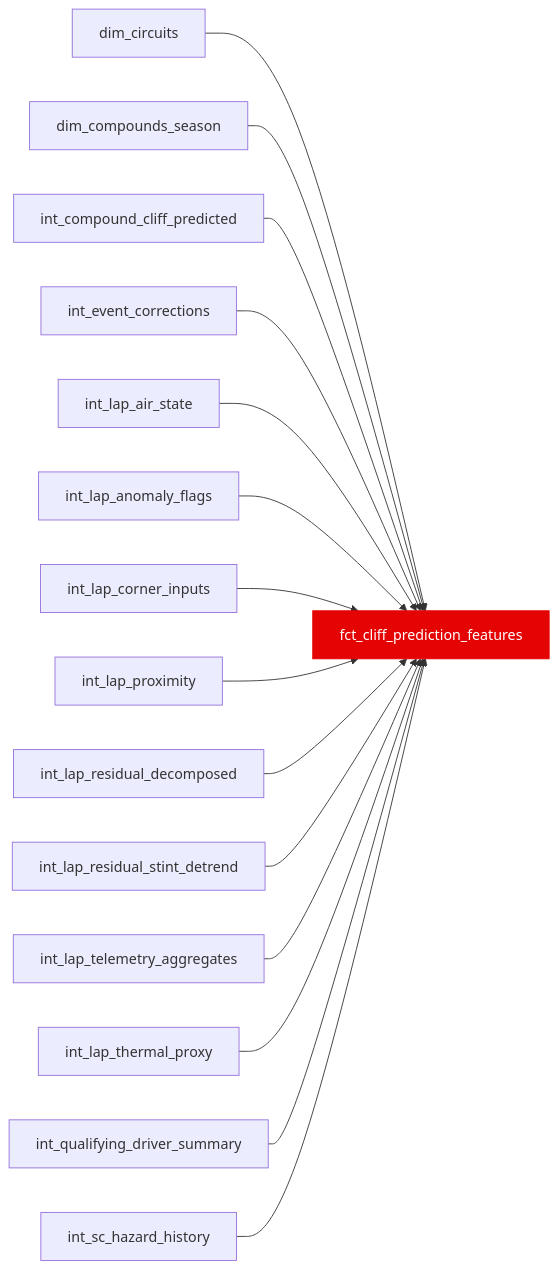
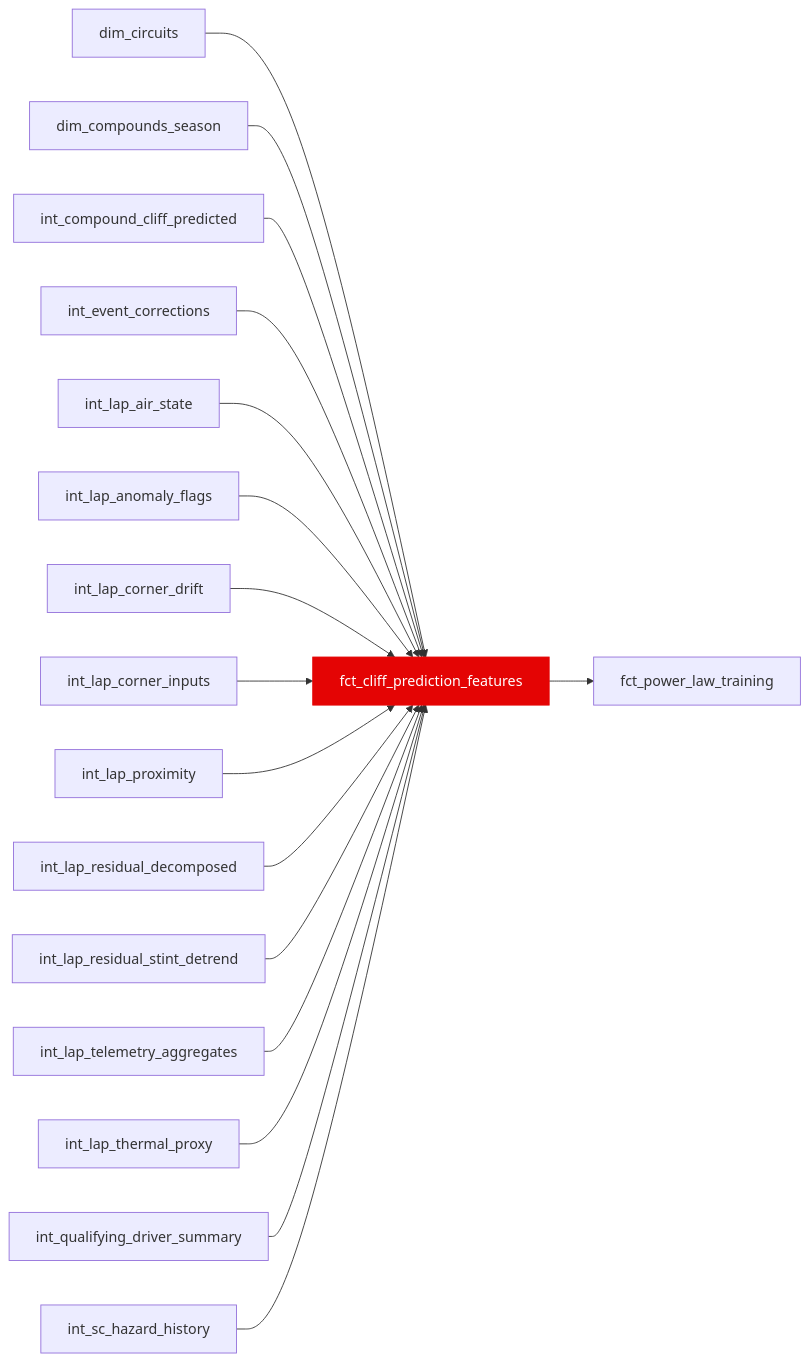
The diagram in docs/reference/models/fct/fct_cliff_prediction_features.mdx (JustinClarke/off-the-pace), drawn with Mermaid before and after one commit. The commit also changed other lines of this file and 79 other files, not shown here.

````diff
--- a/docs/reference/models/fct/fct_cliff_prediction_features.mdx
+++ b/docs/reference/models/fct/fct_cliff_prediction_features.mdx
@@ -19,18 +19,20 @@
 ```mermaid
 flowchart LR
   dim_circuits --> fct_cliff_prediction_features
   dim_compounds_season --> fct_cliff_prediction_features
   int_compound_cliff_predicted --> fct_cliff_prediction_features
   int_event_corrections --> fct_cliff_prediction_features
   int_lap_air_state --> fct_cliff_prediction_features
   int_lap_anomaly_flags --> fct_cliff_prediction_features
+  int_lap_corner_drift --> fct_cliff_prediction_features
   int_lap_corner_inputs --> fct_cliff_prediction_features
   int_lap_proximity --> fct_cliff_prediction_features
   int_lap_residual_decomposed --> fct_cliff_prediction_features
   int_lap_residual_stint_detrend --> fct_cliff_prediction_features
   int_lap_telemetry_aggregates --> fct_cliff_prediction_features
   int_lap_thermal_proxy --> fct_cliff_prediction_features
   int_qualifying_driver_summary --> fct_cliff_prediction_features
   int_sc_hazard_history --> fct_cliff_prediction_features
+  fct_cliff_prediction_features --> fct_power_law_training
   style fct_cliff_prediction_features fill:#e40404,stroke:#e40404,color:#fff
 ```
````
